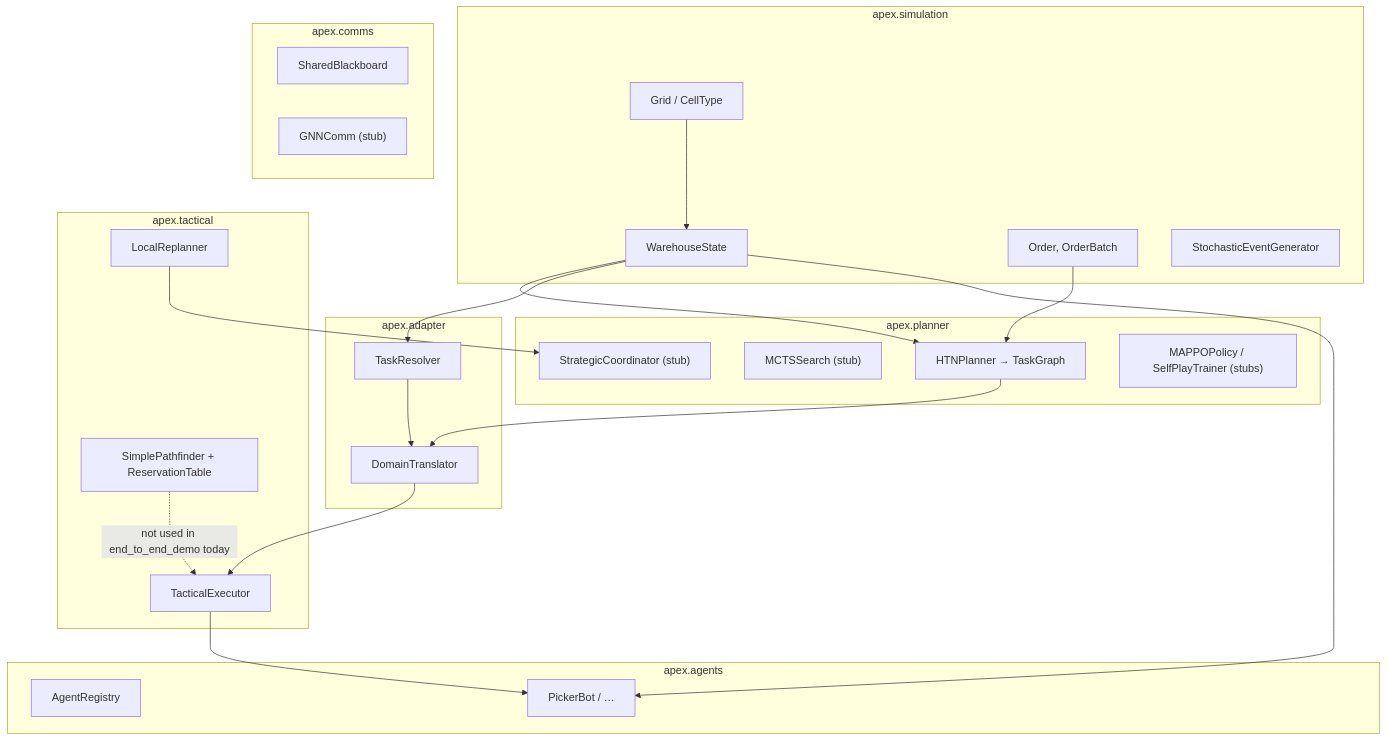
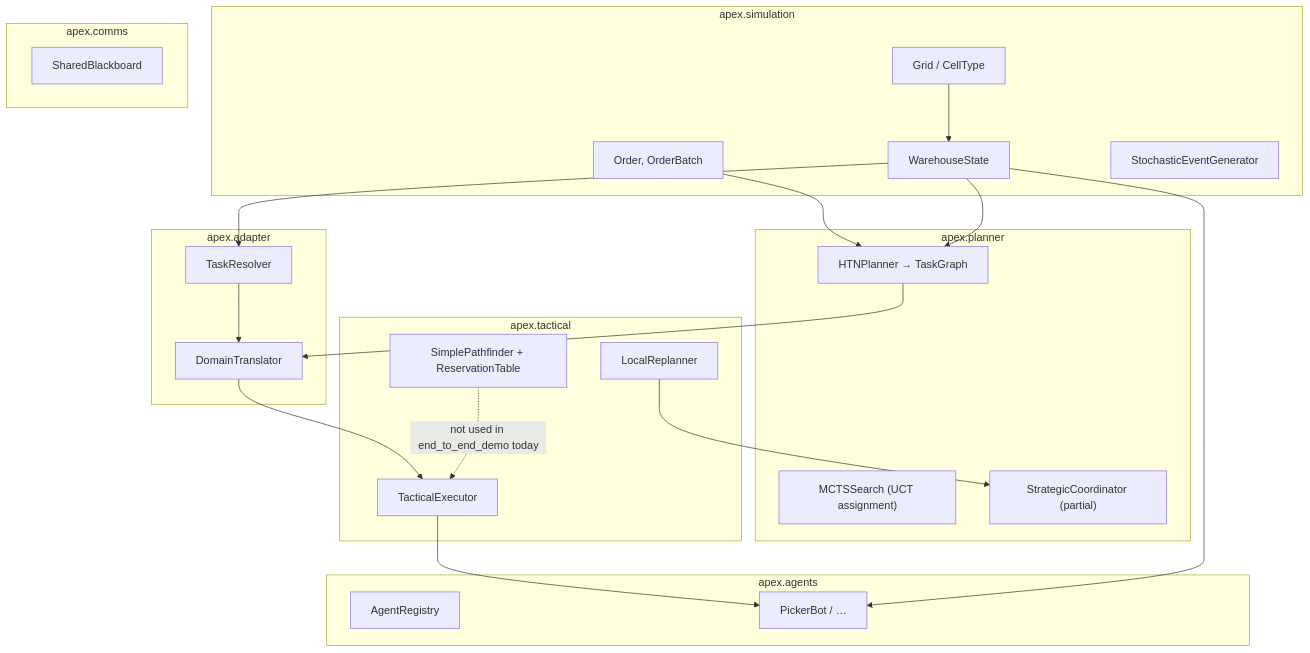
Before and after one commit to kmn01/APEX: the diagram in docs/Codebase_Guide.md, drawn with Mermaid. The commit also changed other lines of this file and 36 other files, not shown here.

````diff
--- a/docs/Codebase_Guide.md
+++ b/docs/Codebase_Guide.md
@@ -36,49 +36,47 @@
 ```mermaid
 flowchart TB
   subgraph sim["apex.simulation"]
     Grid["Grid / CellType"]
     WS["WarehouseState"]
     Ord["Order, OrderBatch"]
     Ev["StochasticEventGenerator"]
   end
 
   subgraph plan["apex.planner"]
     HTN["HTNPlanner → TaskGraph"]
-    MCTS["MCTSSearch (stub)"]
-    Coord["StrategicCoordinator (stub)"]
-    MARL["MAPPOPolicy / SelfPlayTrainer (stubs)"]
+    MCTS["MCTSSearch (UCT assignment)"]
+    Coord["StrategicCoordinator (partial)"]
   end
 
   subgraph adapt["apex.adapter"]
     Res["TaskResolver"]
     Tr["DomainTranslator"]
   end
 
   subgraph tact["apex.tactical"]
     Ex["TacticalExecutor"]
     PF["SimplePathfinder + ReservationTable"]
     Rep["LocalReplanner"]
   end
 
   subgraph ag["apex.agents"]
     Reg["AgentRegistry"]
     Bot["PickerBot / …"]
   end
 
   subgraph com["apex.comms"]
     BB["SharedBlackboard"]
-    GNN["GNNComm (stub)"]
   end
 
   Ord --> HTN
   WS --> HTN
   HTN --> Tr
   Res --> Tr
   WS --> Res
   Tr --> Ex
   Ex --> Bot
   Grid --> WS
   WS --> Bot
   Rep --> Coord
   PF -.->|"not used in end_to_end_demo today"| Ex
 ```
````
